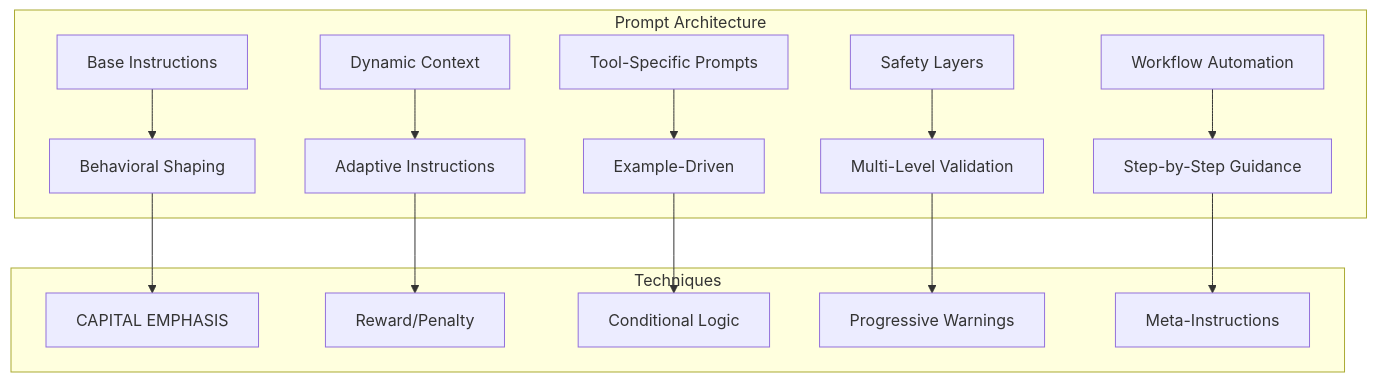
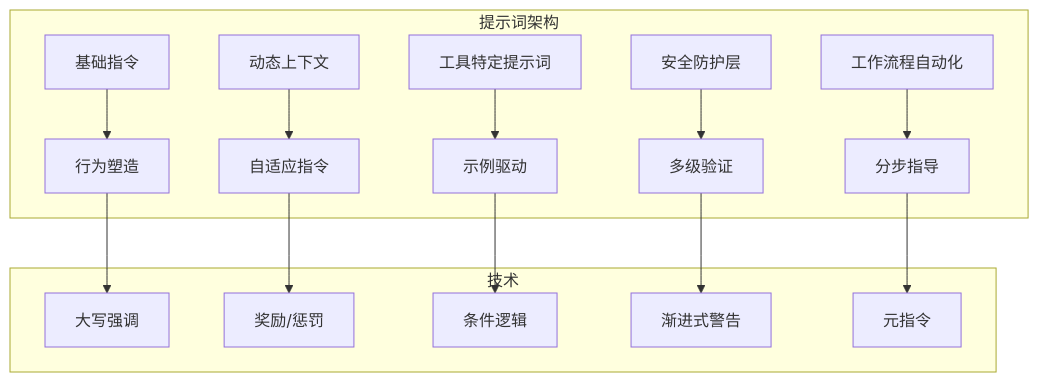
Before and after one commit to hanshuang-ai/BLOG: the diagram in source/_posts/claude-code提示词工程-指导AI的艺术.md, drawn with Mermaid. The commit also changed other lines of this file and 10 other files, not shown here.

````diff
--- a/source/_posts/claude-code提示词工程-指导AI的艺术.md
+++ b/source/_posts/claude-code提示词工程-指导AI的艺术.md
@@ -9,31 +10,31 @@
 ```mermaid
 graph TB
-    subgraph "Prompt Architecture"
-        Base[Base Instructions]
-        Tool[Tool-Specific Prompts]
-        Safety[Safety Layers]
-        Workflow[Workflow Automation]
-        Context[Dynamic Context]
+    subgraph "提示词架构"
+        Base[基础指令]
+        Tool[工具特定提示词]
+        Safety[安全防护层]
+        Workflow[工作流程自动化]
+        Context[动态上下文]
 
-        Base --> Behavioral[Behavioral Shaping]
-        Tool --> Examples[Example-Driven]
-        Safety --> Validation[Multi-Level Validation]
-        Workflow --> Steps[Step-by-Step Guidance]
-        Context --> Adaptive[Adaptive Instructions]
+        Base --> Behavioral[行为塑造]
+        Tool --> Examples[示例驱动]
+        Safety --> Validation[多级验证]
+        Workflow --> Steps[分步指导]
+        Context --> Adaptive[自适应指令]
     end
 
-    subgraph "Techniques"
-        Emphasis[CAPITAL EMPHASIS]
-        Rewards[Reward/Penalty]
-        Conditions[Conditional Logic]
-        Warnings[Progressive Warnings]
-        Meta[Meta-Instructions]
+    subgraph "技术"
+        Emphasis[大写强调]
+        Rewards[奖励/惩罚]
+        Conditions[条件逻辑]
+        Warnings[渐进式警告]
+        Meta[元指令]
     end
 
     Behavioral --> Emphasis
     Examples --> Conditions
     Validation --> Warnings
     Steps --> Meta
     Adaptive --> Rewards
 
 ```
````
